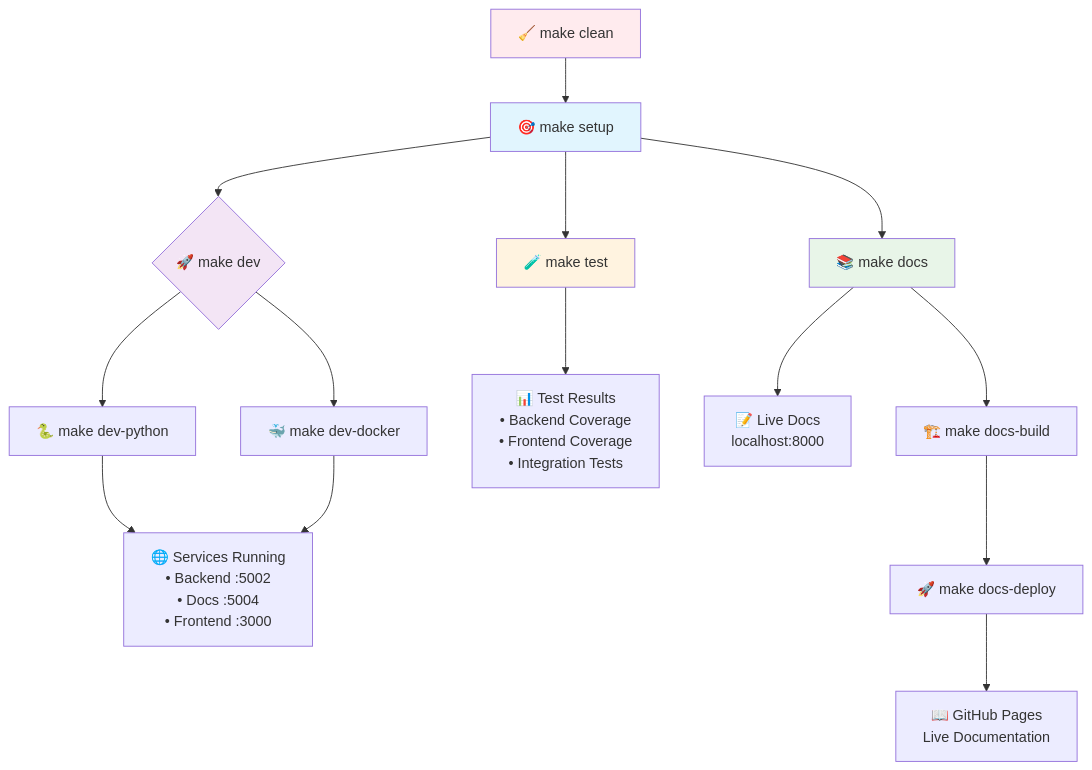
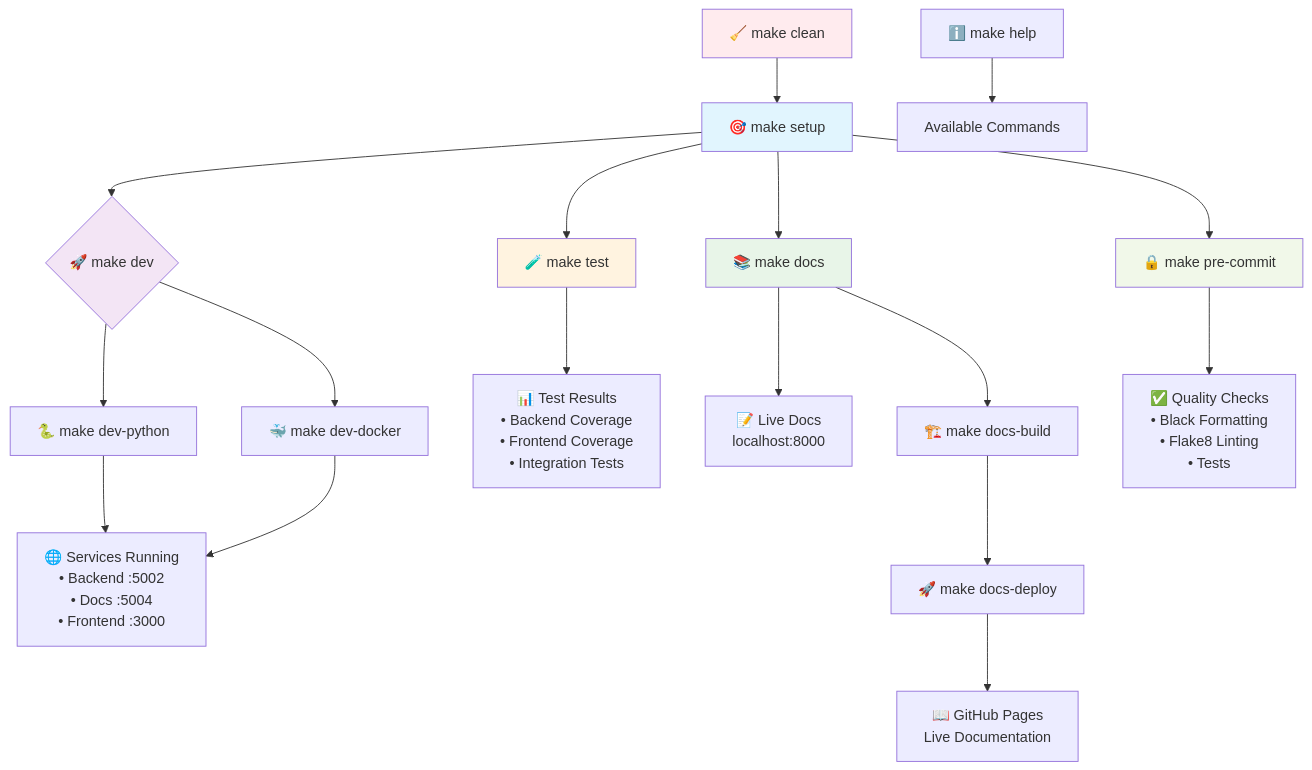
One commit to andreaendigital/CarPricePredictor-Demo changed the first of 2 diagrams in README.MD. Above: the diagram before and after it, drawn with Mermaid. The commit also changed other lines of this file and 2 other files, not shown here.

````diff
--- a/README.MD
+++ b/README.MD
@@ -364,26 +216,31 @@
 ```mermaid
 flowchart TD
     A[🎯 make setup] --> B{🚀 make dev}
     B --> C[🐍 make dev-python]
     B --> D[🐳 make dev-docker]
 
     C --> E["🌐 Services Running<br/>• Backend :5002<br/>• Docs :5004<br/>• Frontend :3000"]
     D --> E
 
     A --> F[🧪 make test]
     F --> G["📊 Test Results<br/>• Backend Coverage<br/>• Frontend Coverage<br/>• Integration Tests"]
 
     A --> H[📚 make docs]
     H --> I["📝 Live Docs<br/>localhost:8000"]
     H --> J[🏗️ make docs-build]
     J --> K[🚀 make docs-deploy]
     K --> L["📖 GitHub Pages<br/>Live Documentation"]
 
+    A --> N[🔒 make pre-commit]
+    N --> O["✅ Quality Checks<br/>• Black Formatting<br/>• Flake8 Linting<br/>• Tests"]
+
     M[🧹 make clean] --> A
+    P[ℹ️ make help] --> Q["Available Commands"]
 
     style A fill:#e1f5fe
     style B fill:#f3e5f5
     style F fill:#fff3e0
     style H fill:#e8f5e8
     style M fill:#ffebee
+    style N fill:#f1f8e9
 ```
````
